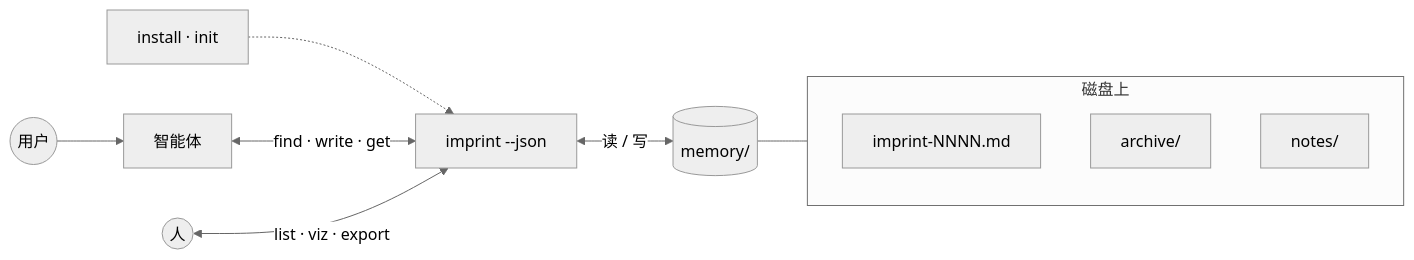
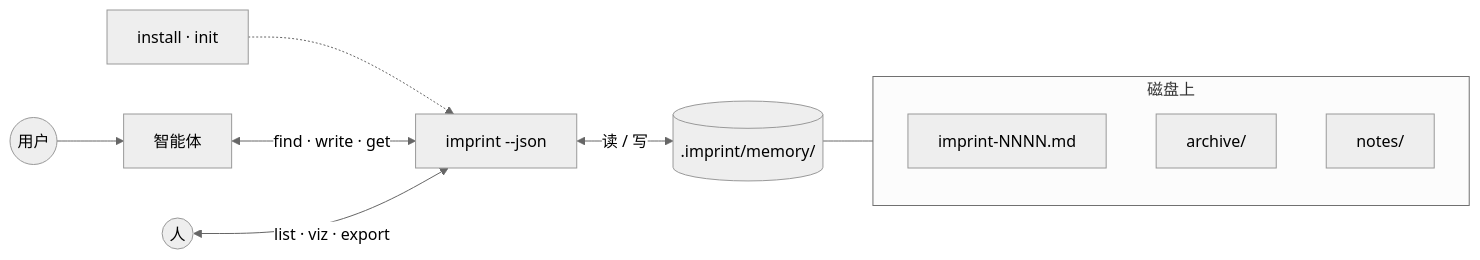
Before and after one commit to SteamedBread2333/imprint: the first of 2 diagrams in README.zh.md, drawn with Mermaid (neutral theme). The commit also changed other lines of this file and 24 other files, not shown here.

````diff
--- a/README.zh.md
+++ b/README.zh.md
@@ -41,21 +41,21 @@
 ```mermaid
 flowchart LR
   Setup["install · init"] -.-> CLI
 
   User((用户)) --> Agent[智能体]
   Human((人))
 
   Agent <-->|find · write · get| CLI["imprint --json"]
   Human <-->|list · viz · export| CLI
 
-  CLI <-->|读 / 写| Vault[(memory/)]
+  CLI <-->|读 / 写| Vault[(.imprint/memory/)]
 
   Vault --- Disk
 
   subgraph Disk["磁盘上"]
     direction TB
     Shards[imprint-NNNN.md]
     Archive[archive/]
     Notes[notes/]
   end
 ```
````
